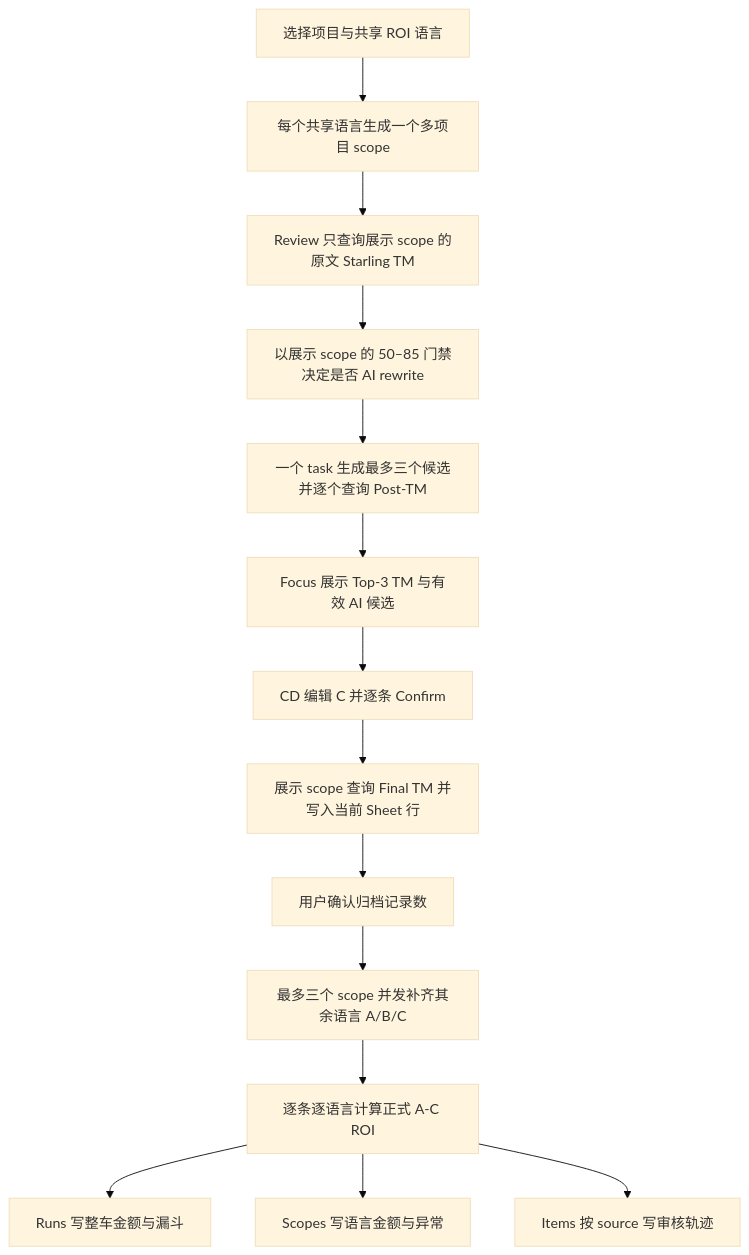
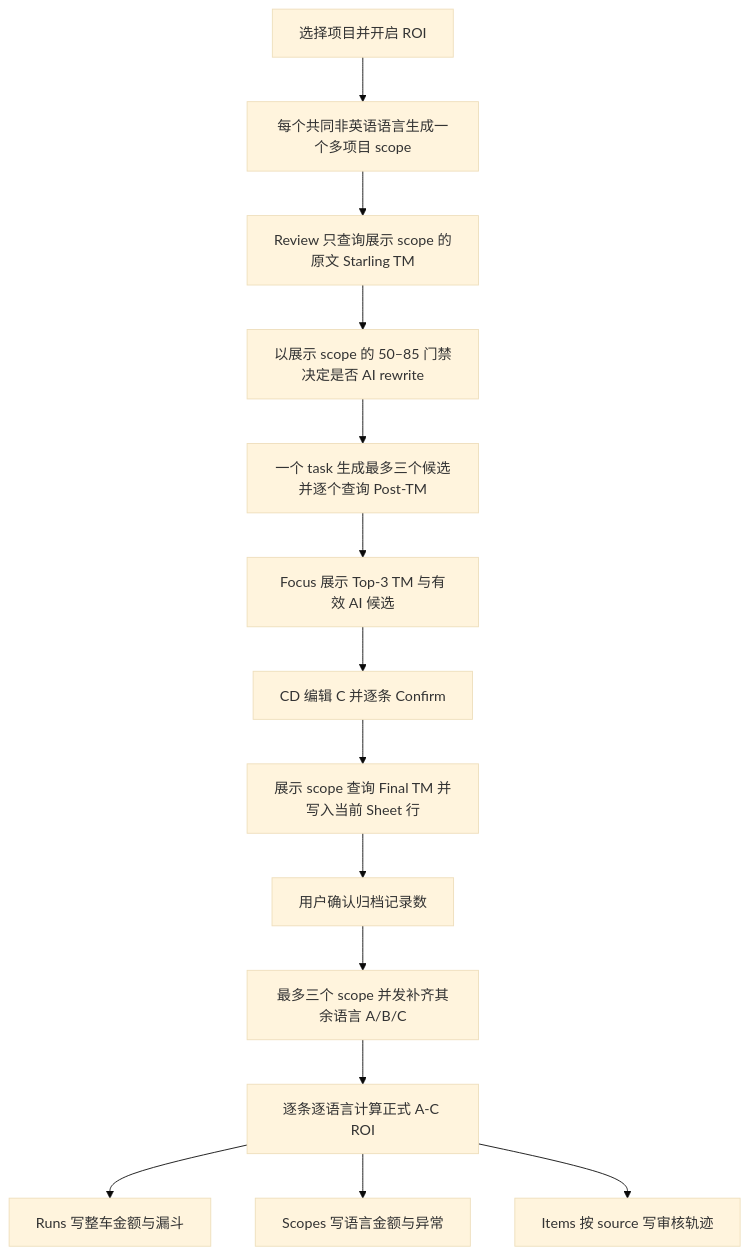
The diagram in docs/multilingual-roi.md (TRUSOGEN/l10n-tm-companion), drawn with Mermaid (base theme) before and after one commit. The commit also changed other lines of this file and 64 other files, not shown here.

````diff
--- a/docs/multilingual-roi.md
+++ b/docs/multilingual-roi.md
@@ -77,16 +74,16 @@
 ```mermaid
 flowchart TD
-  A[选择项目与共享 ROI 语言] --> B[每个共享语言生成一个多项目 scope]
+  A[选择项目并开启 ROI] --> B[每个共同非英语语言生成一个多项目 scope]
   B --> C[Review 只查询展示 scope 的原文 Starling TM]
   C --> D[以展示 scope 的 50–85 门禁决定是否 AI rewrite]
   D --> E[一个 task 生成最多三个候选并逐个查询 Post-TM]
   E --> F[Focus 展示 Top-3 TM 与有效 AI 候选]
   F --> G[CD 编辑 C 并逐条 Confirm]
   G --> H[展示 scope 查询 Final TM 并写入当前 Sheet 行]
   H --> I[用户确认归档记录数]
   I --> J[最多三个 scope 并发补齐其余语言 A/B/C]
   J --> K[逐条逐语言计算正式 A-C ROI]
   K --> L[Runs 写整车金额与漏斗]
   K --> M[Scopes 写语言金额与异常]
   K --> N[Items 按 source 写审核轨迹]
 ```
````
